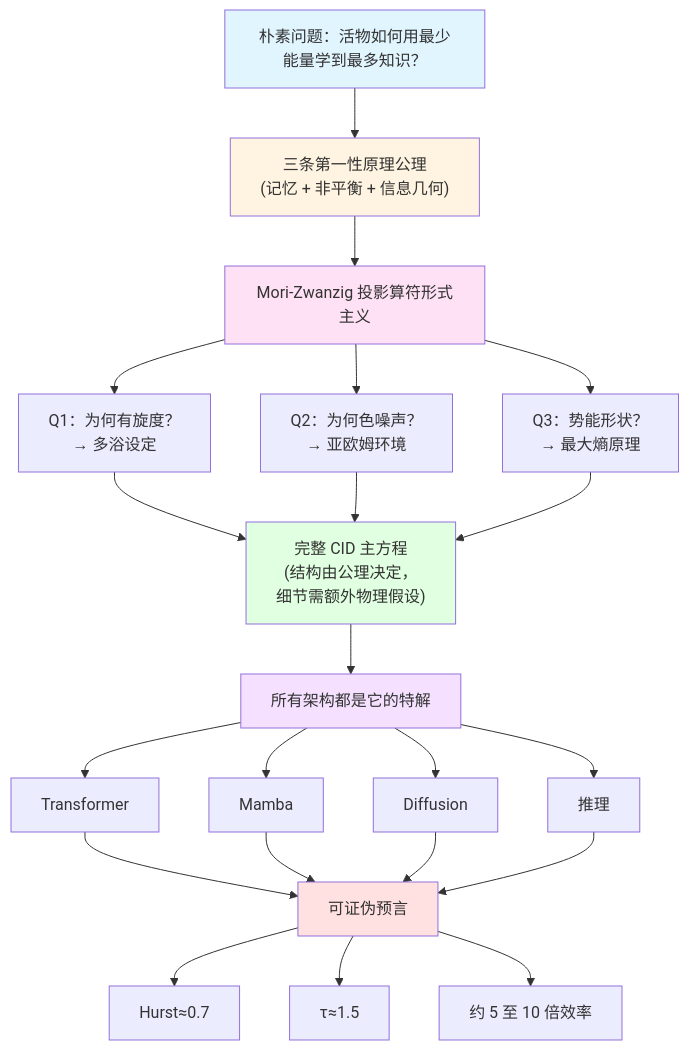
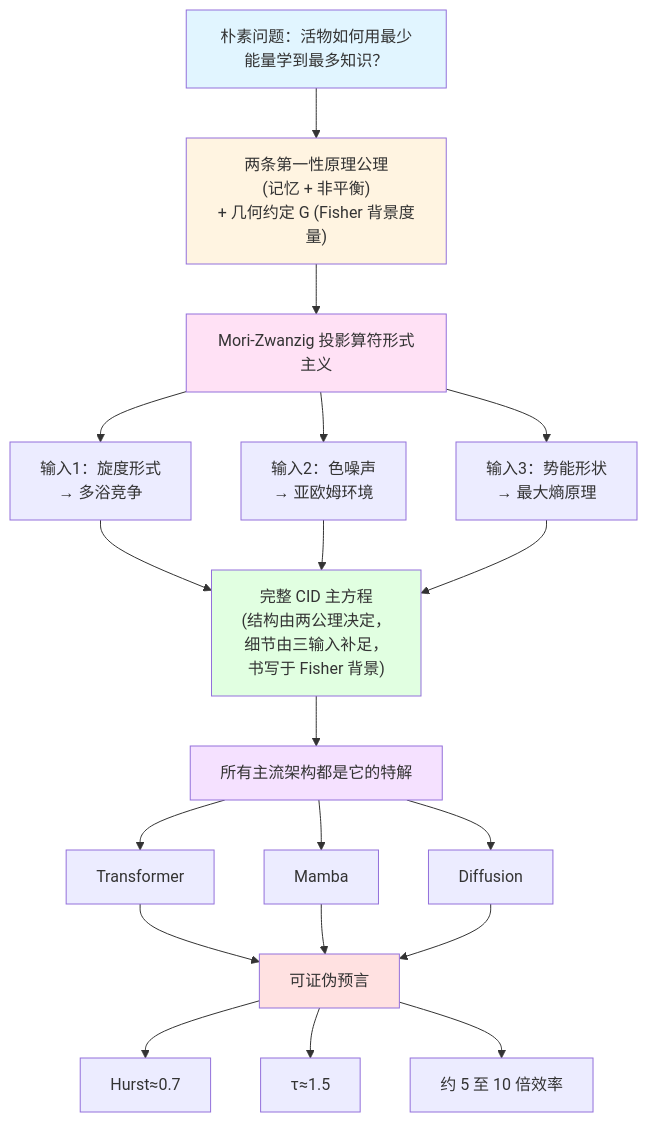
One commit to gwailee/uid changed the diagram in theory.md. Above: the diagram before and after it, drawn with Mermaid. The commit also changed other lines of this file, not shown here.

````diff
--- a/theory.md
+++ b/theory.md
@@ -198,47 +207,44 @@
 ```mermaid
 graph TD
     A["朴素问题：活物如何用最少能量学到最多知识？"]
-    B["三条第一性原理公理<br/>(记忆 + 非平衡 + 信息几何)"]
+    B["两条第一性原理公理<br/>(记忆 + 非平衡)<br/>+ 几何约定 G (Fisher 背景度量)"]
     C["Mori-Zwanzig 投影算符形式主义"]
-    D1["Q1：为何有旋度？<br/>→ 多浴设定"]
-    D2["Q2：为何色噪声？<br/>→ 亚欧姆环境"]
-    D3["Q3：势能形状？<br/>→ 最大熵原理"]
-    E["完整 CID 主方程<br/>(结构由公理决定，<br/>细节需额外物理假设)"]
-    F["所有架构都是它的特解"]
+    D1["输入1：旋度形式<br/>→ 多浴竞争"]
+    D2["输入2：色噪声<br/>→ 亚欧姆环境"]
+    D3["输入3：势能形状<br/>→ 最大熵原理"]
+    E["完整 CID 主方程<br/>(结构由两公理决定，<br/>细节由三输入补足，<br/>书写于 Fisher 背景)"]
+    F["所有主流架构都是它的特解"]
     G1["Transformer"]
     G2["Mamba"]
     G3["Diffusion"]
-    G4["推理"]
     H["可证伪预言"]
     I1["Hurst≈0.7"]
     I2["τ≈1.5"]
     I3["约 5 至 10 倍效率"]
 
     A --> B
     B --> C
     C --> D1
     C --> D2
     C --> D3
     D1 --> E
     D2 --> E
     D3 --> E
     E --> F
     F --> G1
     F --> G2
     F --> G3
-    F --> G4
     G1 --> H
     G2 --> H
     G3 --> H
-    G4 --> H
     H --> I1
     H --> I2
     H --> I3
 
     style A fill:#e1f5ff
     style B fill:#fff4e1
     style C fill:#ffe1f5
     style E fill:#e1ffe1
     style F fill:#f5e1ff
     style H fill:#ffe1e1
 ```
````
